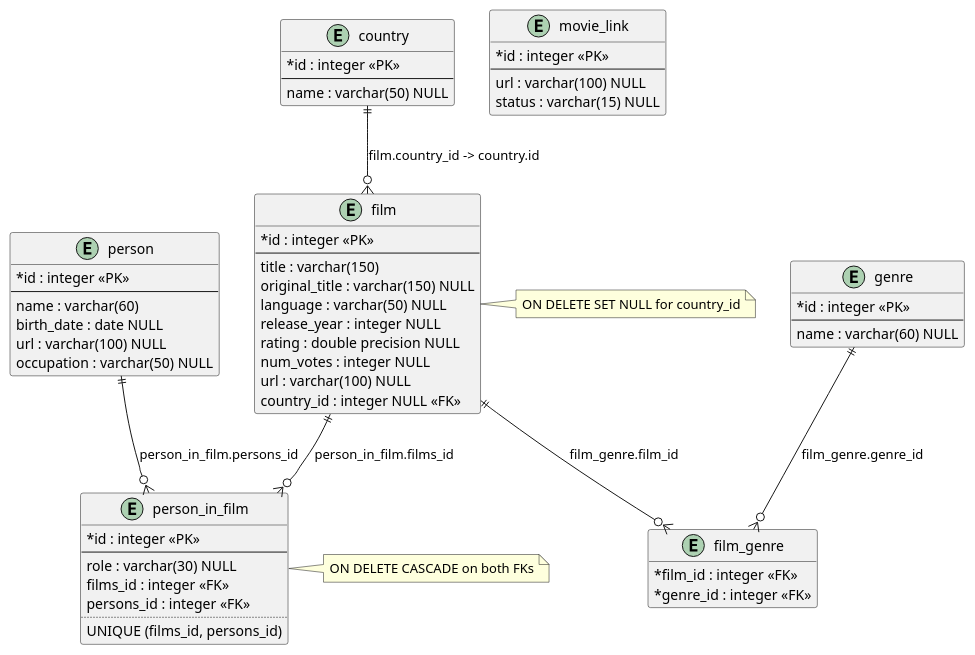
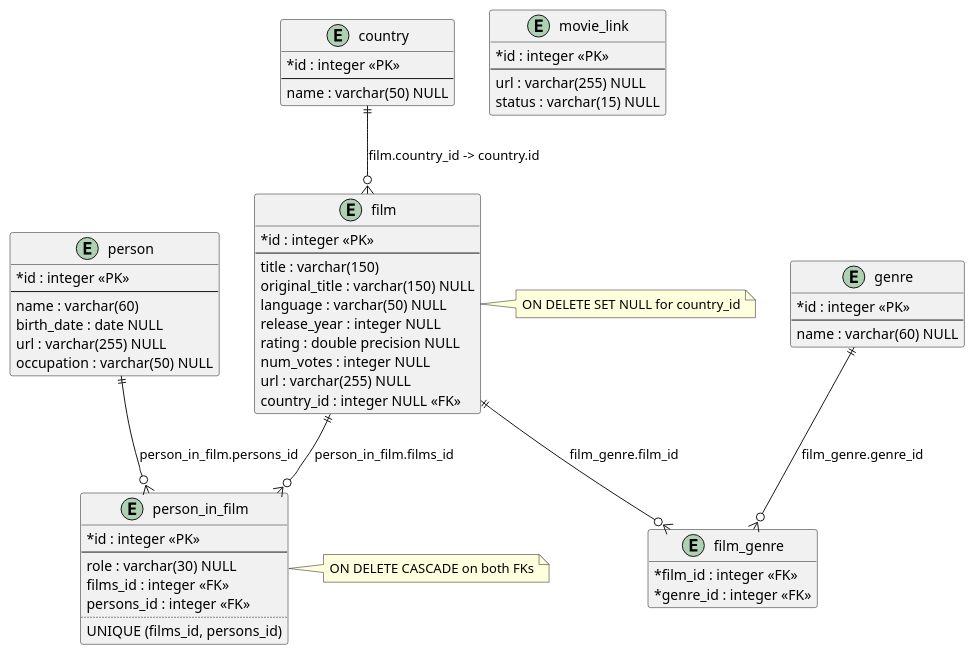
Before and after one commit to nemanjap24/scrapoo: the diagram in docs/db-schema-current.puml, drawn with PlantUML. The commit also changed 7 other files, not shown here.

Commit message:
feat: enhance scraping process with parallel chunk processing and timing metrics; update documentation and database schema

```diff
--- a/docs/db-schema-current.puml
+++ b/docs/db-schema-current.puml
@@ -1,77 +1,77 @@
 @startuml
 ' Current DB schema snapshot (generated from running Docker Postgres on 2026-04-14)
 hide methods
 hide stereotypes
 skinparam classAttributeIconSize 0
 
 entity "country" as country {
   * id : integer <<PK>>
   --
   name : varchar(50) NULL
 }
 
 entity "film" as film {
   * id : integer <<PK>>
   --
   title : varchar(150)
   original_title : varchar(150) NULL
   language : varchar(50) NULL
   release_year : integer NULL
   rating : double precision NULL
   num_votes : integer NULL
-  url : varchar(100) NULL
+  url : varchar(255) NULL
   country_id : integer NULL <<FK>>
 }
 
 entity "genre" as genre {
   * id : integer <<PK>>
   --
   name : varchar(60) NULL
 }
 
 entity "film_genre" as film_genre {
   * film_id : integer <<FK>>
   * genre_id : integer <<FK>>
 }
 
 entity "person" as person {
   * id : integer <<PK>>
   --
   name : varchar(60)
   birth_date : date NULL
-  url : varchar(100) NULL
+  url : varchar(255) NULL
   occupation : varchar(50) NULL
 }
 
 entity "person_in_film" as person_in_film {
   * id : integer <<PK>>
   --
   role : varchar(30) NULL
   films_id : integer <<FK>>
   persons_id : integer <<FK>>
   ..
   UNIQUE (films_id, persons_id)
 }
 
 entity "movie_link" as movie_link {
   * id : integer <<PK>>
   --
-  url : varchar(100) NULL
+  url : varchar(255) NULL
   status : varchar(15) NULL
 }
 
 country ||--o{ film : "film.country_id -> country.id"
 film ||--o{ film_genre : "film_genre.film_id"
 genre ||--o{ film_genre : "film_genre.genre_id"
 film ||--o{ person_in_film : "person_in_film.films_id"
 person ||--o{ person_in_film : "person_in_film.persons_id"
 
 note right of film
   ON DELETE SET NULL for country_id
 end note
 
 note right of person_in_film
   ON DELETE CASCADE on both FKs
 end note
 
 @enduml
```
